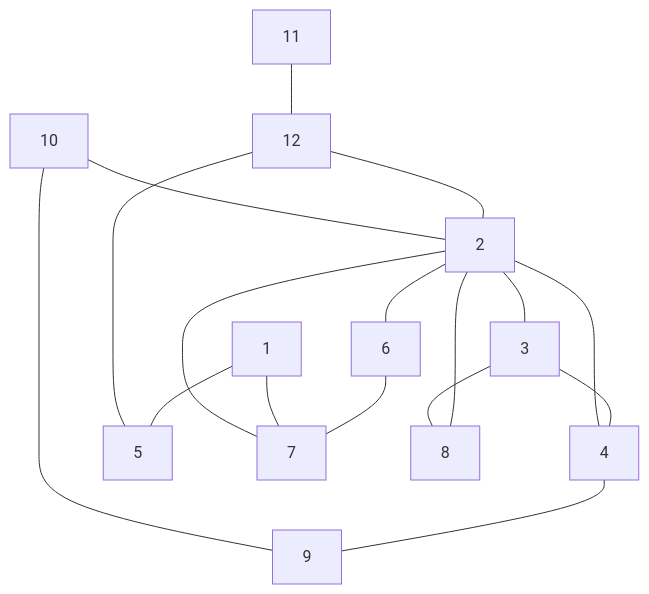
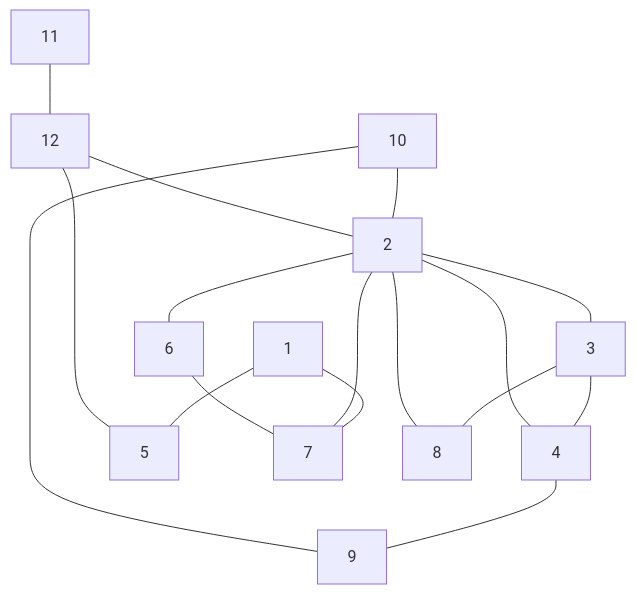
Before and after one commit to antononcube/Raku-Graph: the diagram in README.md, drawn with Mermaid. The commit also changed other lines of this file and 1 other file, not shown here.

````diff
--- a/README.md
+++ b/README.md
@@ -156,19 +156,19 @@
 ```mermaid
 graph TD
+1 --- 7
+2 --- 7
 6 --- 7
-2 --- 6
-4 --- 9
 3 --- 4
 2 --- 4
+4 --- 9
+3 --- 8
+2 --- 3
+1 --- 5
+2 --- 8
+2 --- 6
+10 --- 2
+12 --- 2
 11 --- 12
-1 --- 5
 12 --- 5
-1 --- 7
 10 --- 9
-2 --- 8
-12 --- 2
-2 --- 3
-2 --- 7
-10 --- 2
-3 --- 8
 ```
````
